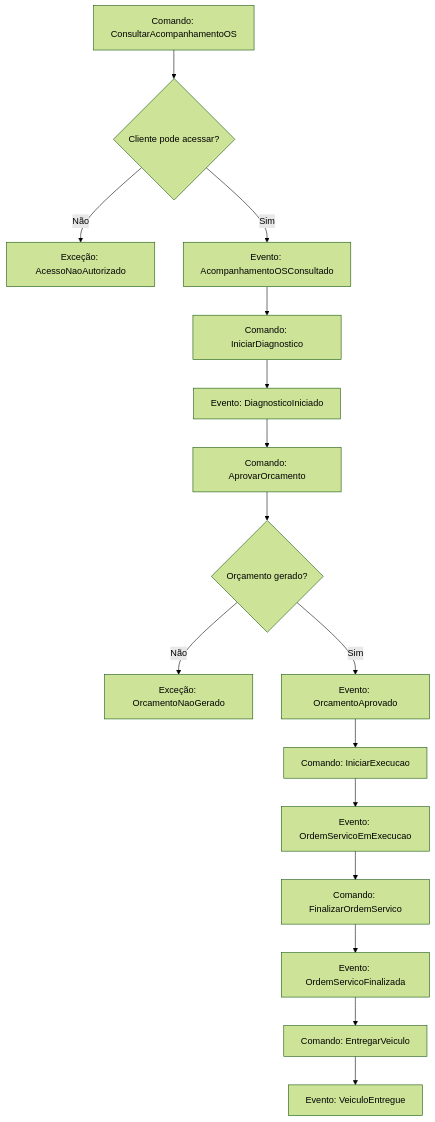
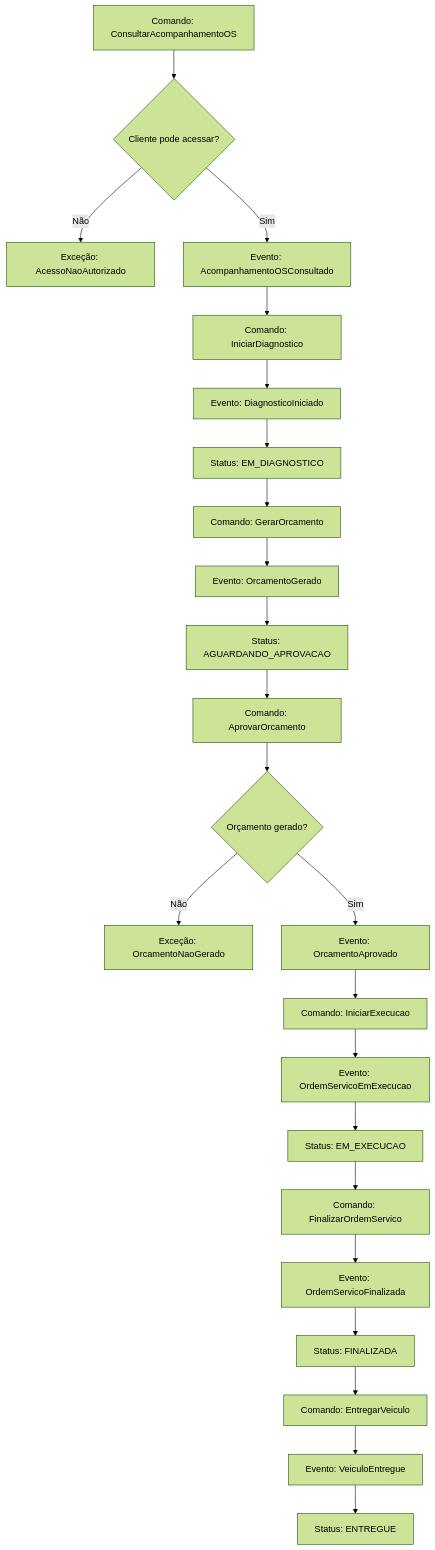
One commit to yxsbx/SOAT-FIAP changed the second of 4 diagrams in docs/EVENT_STORMING.md. Above: the diagram before and after it, drawn with Mermaid (forest theme). The commit also changed other lines of this file and 11 other files, not shown here.

````diff
--- a/docs/EVENT_STORMING.md
+++ b/docs/EVENT_STORMING.md
@@ -391,18 +427,25 @@
 ```mermaid
 flowchart TD
     C1["Comando: ConsultarAcompanhamentoOS"] --> D1{Cliente pode acessar?}
     D1 -- "Não" --> X1["Exceção: AcessoNaoAutorizado"]
     D1 -- "Sim" --> E1["Evento: AcompanhamentoOSConsultado"]
     E1 --> C2["Comando: IniciarDiagnostico"]
     C2 --> E2["Evento: DiagnosticoIniciado"]
-    E2 --> C3["Comando: AprovarOrcamento"]
-    C3 --> D2{Orçamento gerado?}
+    E2 --> S1["Status: EM_DIAGNOSTICO"]
+    S1 --> C3["Comando: GerarOrcamento"]
+    C3 --> E3["Evento: OrcamentoGerado"]
+    E3 --> S2["Status: AGUARDANDO_APROVACAO"]
+    S2 --> C4["Comando: AprovarOrcamento"]
+    C4 --> D2{Orçamento gerado?}
     D2 -- "Não" --> X2["Exceção: OrcamentoNaoGerado"]
-    D2 -- "Sim" --> E3["Evento: OrcamentoAprovado"]
-    E3 --> C4["Comando: IniciarExecucao"]
-    C4 --> E4["Evento: OrdemServicoEmExecucao"]
-    E4 --> C5["Comando: FinalizarOrdemServico"]
-    C5 --> E5["Evento: OrdemServicoFinalizada"]
-    E5 --> C6["Comando: EntregarVeiculo"]
-    C6 --> E6["Evento: VeiculoEntregue"]
+    D2 -- "Sim" --> E4["Evento: OrcamentoAprovado"]
+    E4 --> C5["Comando: IniciarExecucao"]
+    C5 --> E5["Evento: OrdemServicoEmExecucao"]
+    E5 --> S3["Status: EM_EXECUCAO"]
+    S3 --> C6["Comando: FinalizarOrdemServico"]
+    C6 --> E6["Evento: OrdemServicoFinalizada"]
+    E6 --> S4["Status: FINALIZADA"]
+    S4 --> C7["Comando: EntregarVeiculo"]
+    C7 --> E7["Evento: VeiculoEntregue"]
+    E7 --> S5["Status: ENTREGUE"]
 ```
````
